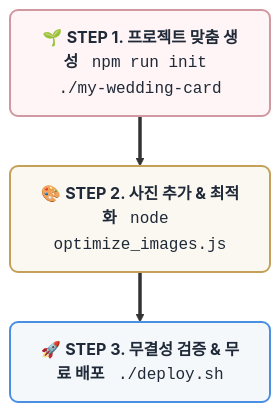
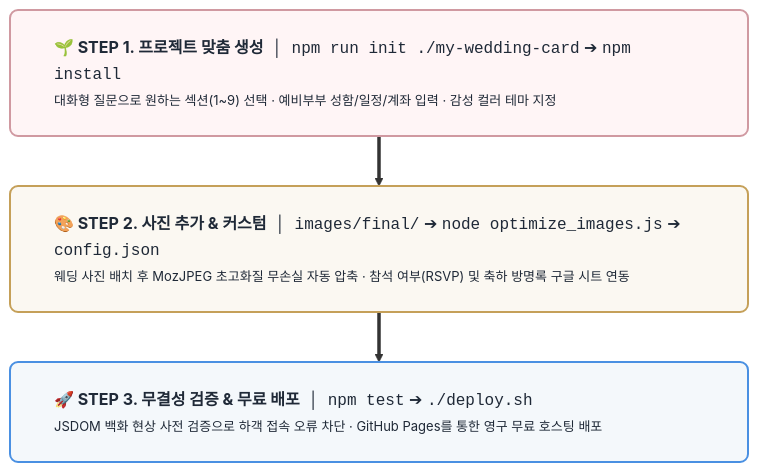
The diagram in .agents/skills/mobile-wedding-card/README.md (unoShin/wedding-card), drawn with Mermaid before and after one commit.

Commit message:
Auto-deploy verification passed: 2026-08-28 17:45:50

````diff
--- a/.agents/skills/mobile-wedding-card/README.md
+++ b/.agents/skills/mobile-wedding-card/README.md
@@ -116,17 +116,19 @@
 ```mermaid
 flowchart TD
-    Step1["🌱 <b>STEP 1. 프로젝트 맞춤 생성</b> &nbsp; <code>npm run init ./my-wedding-card</code>"]
-    Step2["🎨 <b>STEP 2. 사진 추가 & 최적화</b> &nbsp; <code>node optimize_images.js</code>"]
-    Step3["🚀 <b>STEP 3. 무결성 검증 & 무료 배포</b> &nbsp; <code>./deploy.sh</code>"]
+    Step1["<div style='min-width: 650px; padding: 10px 14px; text-align: left;'><b>🌱 STEP 1. 프로젝트 맞춤 생성</b> &nbsp;│&nbsp; <code>npm run init ./my-wedding-card</code> ➔ <code>npm install</code><br/><span style='font-size: 13px; color: #555;'>대화형 질문으로 원하는 섹션(1~9) 선택 · 예비부부 성함/일정/계좌 입력 · 감성 컬러 테마 지정</span></div>"]
+    
+    Step2["<div style='min-width: 650px; padding: 10px 14px; text-align: left;'><b>🎨 STEP 2. 사진 추가 & 커스텀</b> &nbsp;│&nbsp; <code>images/final/</code> ➔ <code>node optimize_images.js</code> ➔ <code>config.json</code><br/><span style='font-size: 13px; color: #555;'>웨딩 사진 배치 후 MozJPEG 초고화질 무손실 자동 압축 · 참석 여부(RSVP) 및 축하 방명록 구글 시트 연동</span></div>"]
+    
+    Step3["<div style='min-width: 650px; padding: 10px 14px; text-align: left;'><b>🚀 STEP 3. 무결성 검증 & 무료 배포</b> &nbsp;│&nbsp; <code>npm test</code> ➔ <code>./deploy.sh</code><br/><span style='font-size: 13px; color: #555;'>JSDOM 백화 현상 사전 검증으로 하객 접속 오류 차단 · GitHub Pages를 통한 영구 무료 호스팅 배포</span></div>"]
 
     Step1 ==> Step2 ==> Step3
 
-    %% Clean High-Contrast Step Styling
+    %% Custom High-Craft Wide Box Styling
     classDef stepPink fill:#fff5f6,stroke:#d099a1,stroke-width:2px,color:#1f2937,rx:8px,ry:8px;
     classDef stepGold fill:#fbf8f2,stroke:#c5a059,stroke-width:2px,color:#1f2937,rx:8px,ry:8px;
     classDef stepBlue fill:#f4f8fb,stroke:#4a90e2,stroke-width:2px,color:#1f2937,rx:8px,ry:8px;
 
     class Step1 stepPink;
     class Step2 stepGold;
     class Step3 stepBlue;
 ```
````
